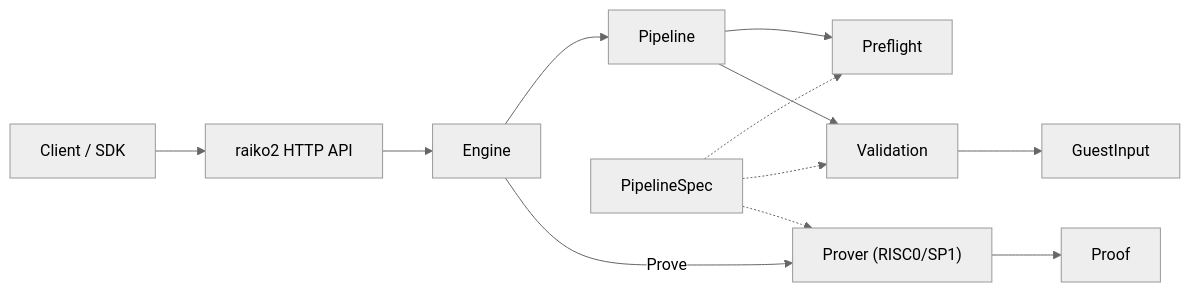
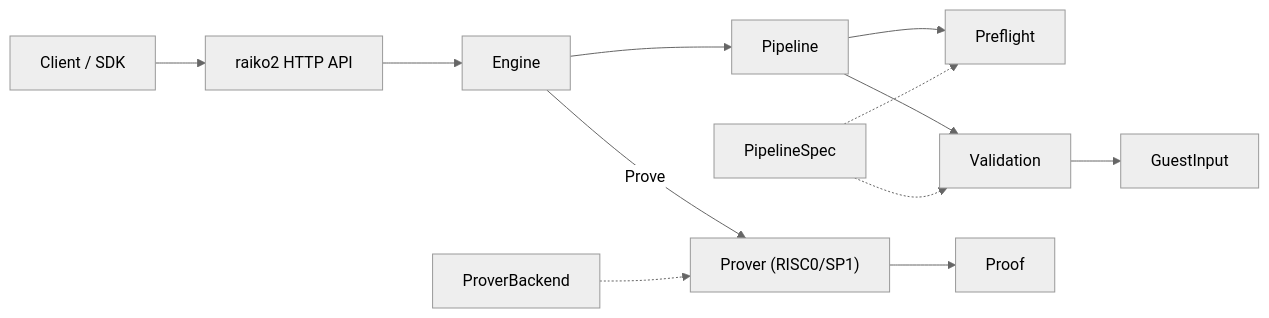
The second of 4 diagrams in README.md (taikoxyz/raiko2), drawn with Mermaid (neutral theme) before and after one commit. The commit also changed other lines of this file, not shown here.

Commit message:
docs: Update README to clarify key abstractions and pipeline flow

````diff
--- a/README.md
+++ b/README.md
@@ -64,14 +66,14 @@
 ```mermaid
 flowchart LR
   C["Client / SDK"] --> A["raiko2 HTTP API"]
   A --> Q["Engine"]
   Q --> PL["Pipeline"]
   PL --> PF["Preflight"]
   PL --> VA["Validation"]
   VA --> GI["GuestInput"]
   Q -->|Prove| PR["Prover (RISC0/SP1)"]
   PR --> PO["Proof"]
   HF["PipelineSpec"] -.-> PF
   HF -.-> VA
-  HF -.-> PR
+  PB["ProverBackend"] -.-> PR
 ```
````
